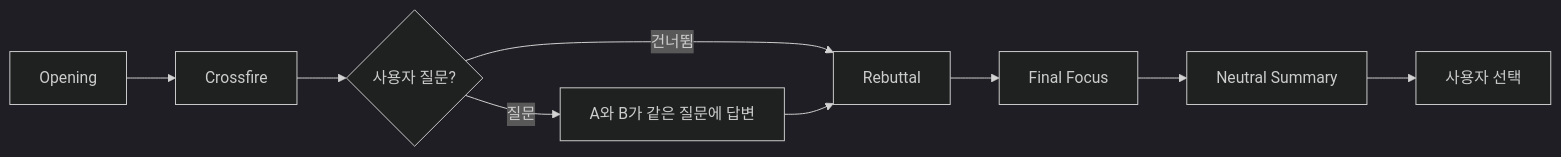
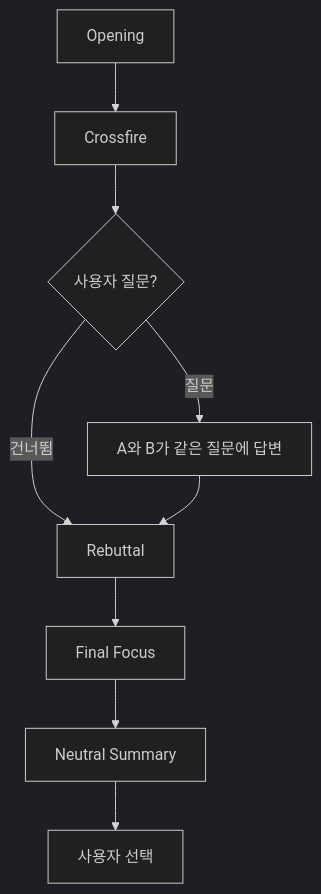
The second of 11 diagrams in README.md (hodob/A1-3), drawn with Mermaid (dark theme) before and after one commit. The commit also changed other lines of this file, not shown here.

Commit message:
Polish README diagrams for rendered GitHub readability

````diff
--- a/README.md
+++ b/README.md
@@ -76,11 +76,11 @@
 ```mermaid
-flowchart LR
+flowchart TD
     O[Opening] --> C[Crossfire]
     C --> Q{사용자 질문?}
     Q -->|질문| A[A와 B가 같은 질문에 답변]
     Q -->|건너뜀| R[Rebuttal]
     A --> R
     R --> F[Final Focus]
     F --> S[Neutral Summary]
     S --> U[사용자 선택]
 ```
````
